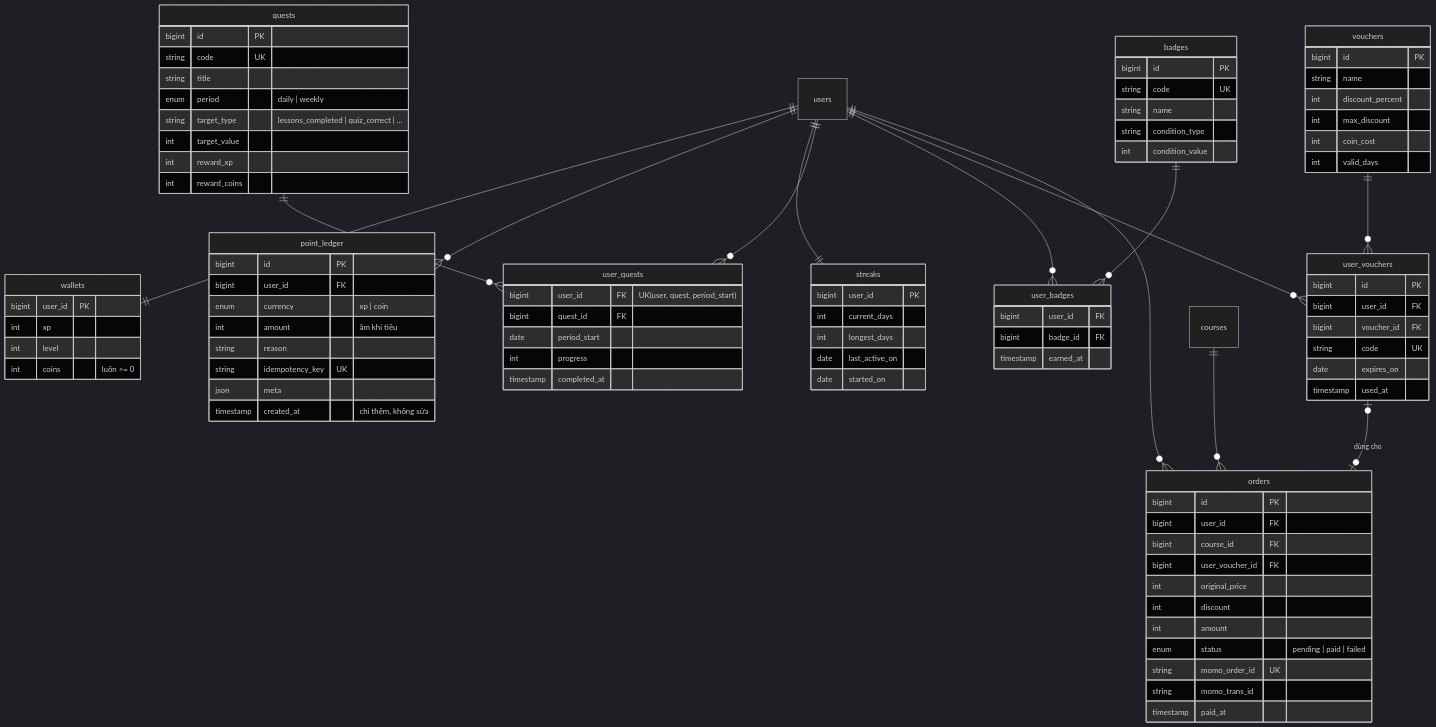
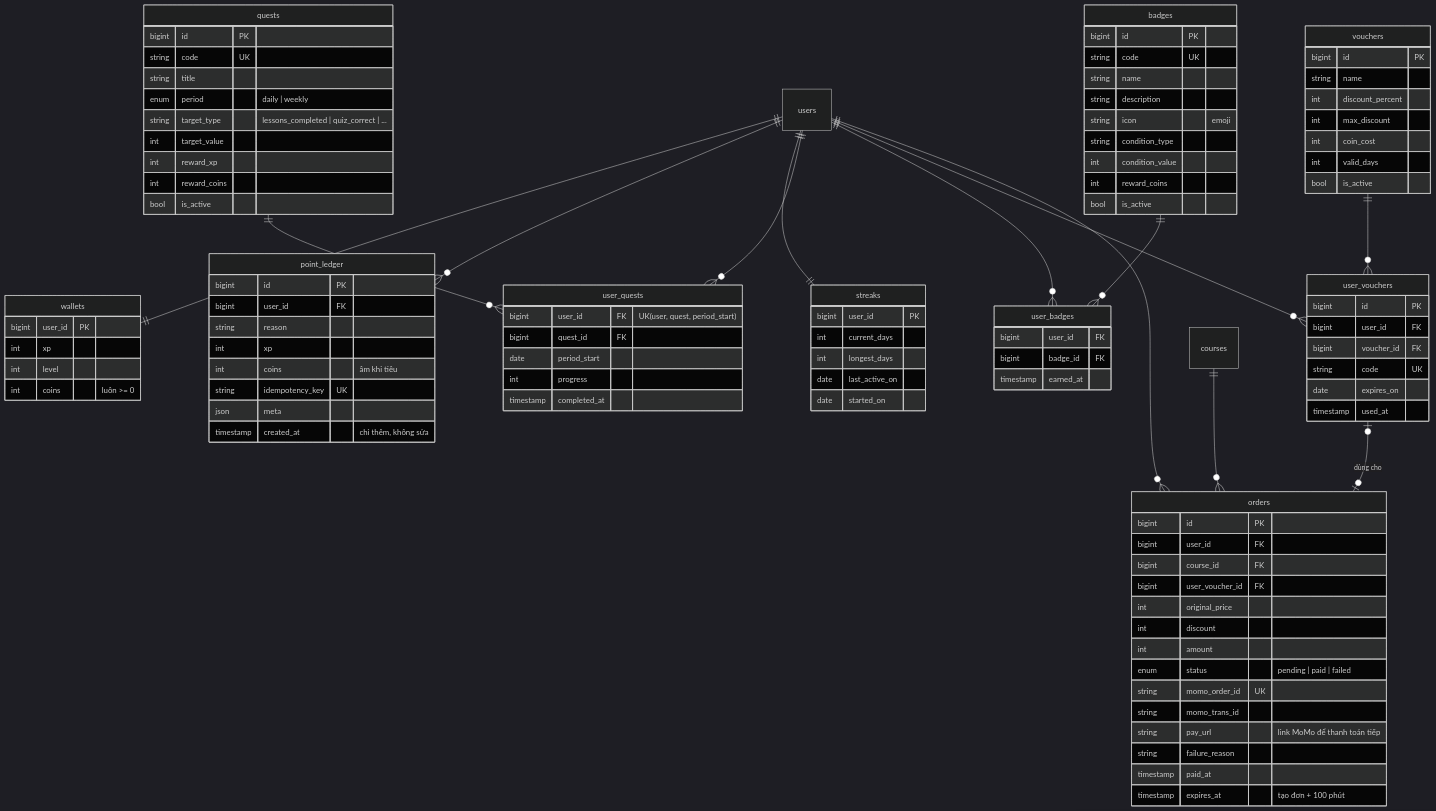
Before and after one commit to Thang2509/DACN: the sixth of 9 diagrams in docs/thiet-ke.md, drawn with Mermaid (dark theme). The commit also changed other lines of this file and 95 other files, not shown here.

First line of the commit message:
Đợt 3 backend: trò chơi hóa, cửa hàng, thú cưng, thanh toán MoMo

````diff
--- a/docs/thiet-ke.md
+++ b/docs/thiet-ke.md
@@ -258,9 +260,9 @@
   point_ledger {
     bigint id PK
     bigint user_id FK
-    enum currency "xp | coin"
-    int amount "âm khi tiêu"
     string reason
+    int xp
+    int coins "âm khi tiêu"
     string idempotency_key UK
     json meta
     timestamp created_at "chỉ thêm, không sửa"
@@ -281,6 +283,7 @@
     int target_value
     int reward_xp
     int reward_coins
+    bool is_active
   }
   user_quests {
     bigint user_id FK "UK(user, quest, period_start)"
@@ -293,8 +296,12 @@
     bigint id PK
     string code UK
     string name
+    string description
+    string icon "emoji"
     string condition_type
     int condition_value
+    int reward_coins
+    bool is_active
   }
   user_badges {
     bigint user_id FK
@@ -308,6 +315,7 @@
     int max_discount
     int coin_cost
     int valid_days
+    bool is_active
   }
   user_vouchers {
     bigint id PK
@@ -328,6 +336,9 @@
     enum status "pending | paid | failed"
     string momo_order_id UK
     string momo_trans_id
+    string pay_url "link MoMo để thanh toán tiếp"
+    string failure_reason
     timestamp paid_at
+    timestamp expires_at "tạo đơn + 100 phút"
   }
 ```
````
